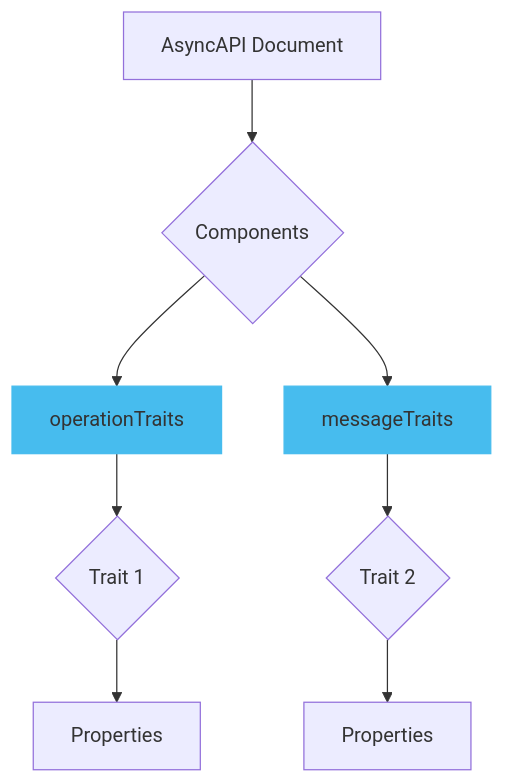
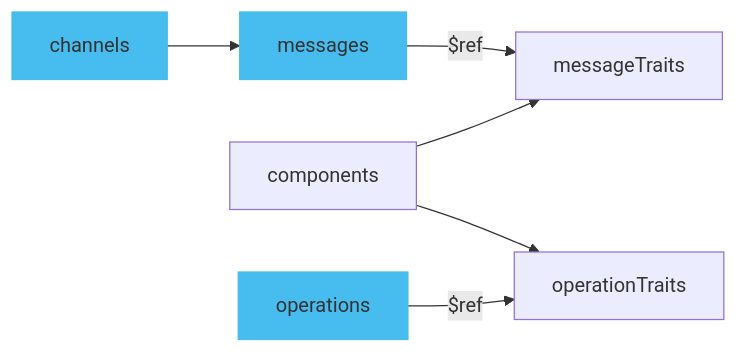
One commit to asyncapi/website changed the diagram in pages/docs/concepts/asyncapi-document/messages-and-operations-reusability-with-traits.md. Above: the diagram before and after it, drawn with Mermaid. The commit also changed other lines of this file, not shown here.

````diff
--- a/pages/docs/concepts/asyncapi-document/messages-and-operations-reusability-with-traits.md
+++ b/pages/docs/concepts/asyncapi-document/messages-and-operations-reusability-with-traits.md
@@ -12,13 +12,13 @@
 ```mermaid
-graph TD
-    A[AsyncAPI Document] --> B{Components}
-    B --> C[operationTraits]
+graph LR
+    A[channels] --> F[messages]
+    F -->|$ref| D
+    B[components] --> C[operationTraits]
     B --> D[messageTraits]
-    C --> E{Trait 1}
-    D --> G{Trait 2}
-    E --> I[Properties]
-    G --> K[Properties]
+    E[operations] -->|$ref| C
 
-    style C fill:#47BCEE,stroke:#47BCEE;
-    style D fill:#47BCEE,stroke:#47BCEE;
+
+    style A fill:#47BCEE,stroke:#47BCEE;
+    style F fill:#47BCEE,stroke:#47BCEE;
+    style E fill:#47BCEE,stroke:#47BCEE;
 ```
````
